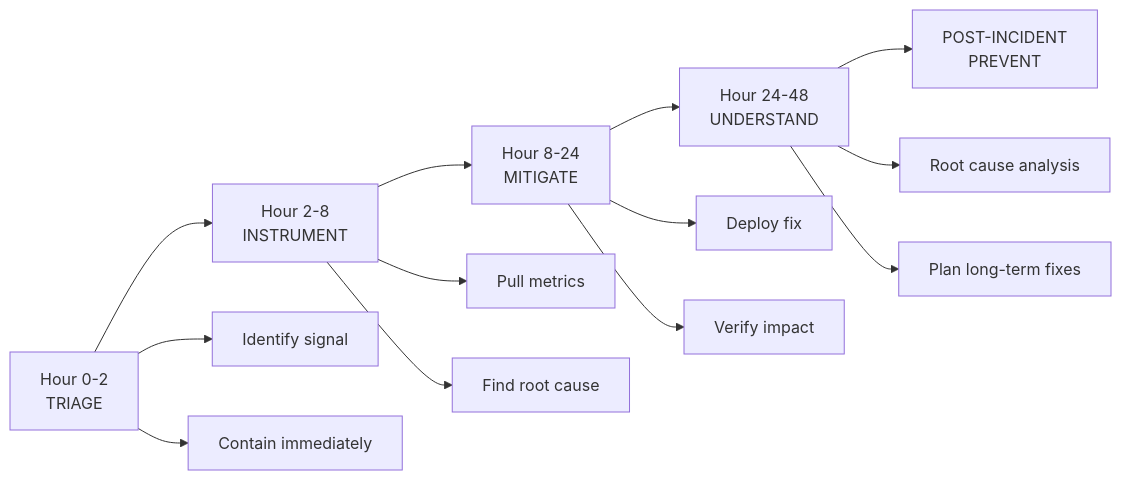
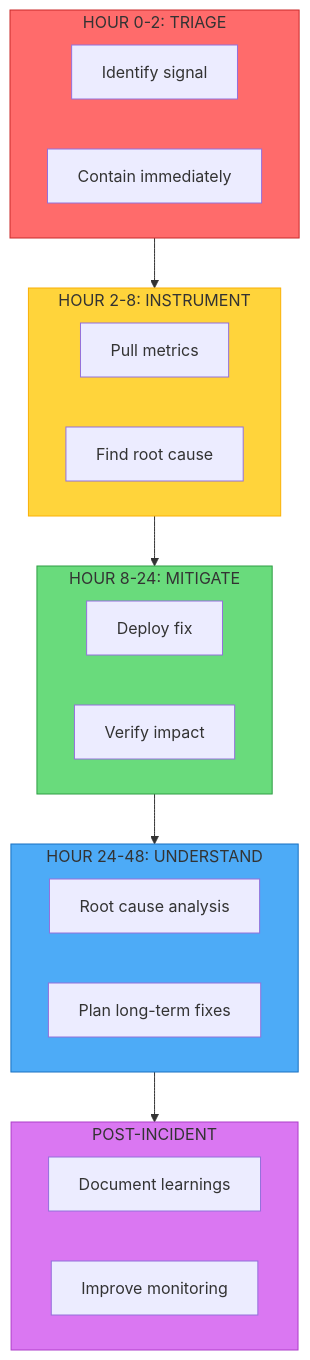
One commit to whoisrade/agentic-field-manual changed the diagram in 00-templates/first-48-hours.md. Above: the diagram before and after it, drawn with Mermaid. The commit also changed other lines of this file and 43 other files, not shown here.

````diff
--- a/00-templates/first-48-hours.md
+++ b/00-templates/first-48-hours.md
@@ -15,19 +18,35 @@
 ```mermaid
-flowchart LR
-    A[Hour 0-2<br/>TRIAGE] --> B[Hour 2-8<br/>INSTRUMENT]
-    B --> C[Hour 8-24<br/>MITIGATE]
-    C --> D[Hour 24-48<br/>UNDERSTAND]
-    D --> E[POST-INCIDENT<br/>PREVENT]
+flowchart TB
+    subgraph T["HOUR 0-2: TRIAGE"]
+        A1[Identify signal]
+        A2[Contain immediately]
+    end
     
-    A --> A1[Identify signal]
-    A --> A2[Contain immediately]
+    subgraph I["HOUR 2-8: INSTRUMENT"]
+        B1[Pull metrics]
+        B2[Find root cause]
+    end
     
-    B --> B1[Pull metrics]
-    B --> B2[Find root cause]
+    subgraph M["HOUR 8-24: MITIGATE"]
+        C1[Deploy fix]
+        C2[Verify impact]
+    end
     
-    C --> C1[Deploy fix]
-    C --> C2[Verify impact]
+    subgraph U["HOUR 24-48: UNDERSTAND"]
+        D1[Root cause analysis]
+        D2[Plan long-term fixes]
+    end
     
-    D --> D1[Root cause analysis]
-    D --> D2[Plan long-term fixes]
+    subgraph P["POST-INCIDENT"]
+        E1[Document learnings]
+        E2[Improve monitoring]
+    end
+    
+    T --> I --> M --> U --> P
+    
+    style T fill:#ff6b6b,stroke:#c92a2a
+    style I fill:#ffd43b,stroke:#fab005
+    style M fill:#69db7c,stroke:#2f9e44
+    style U fill:#4dabf7,stroke:#1971c2
+    style P fill:#da77f2,stroke:#ae3ec9
 ```
````
